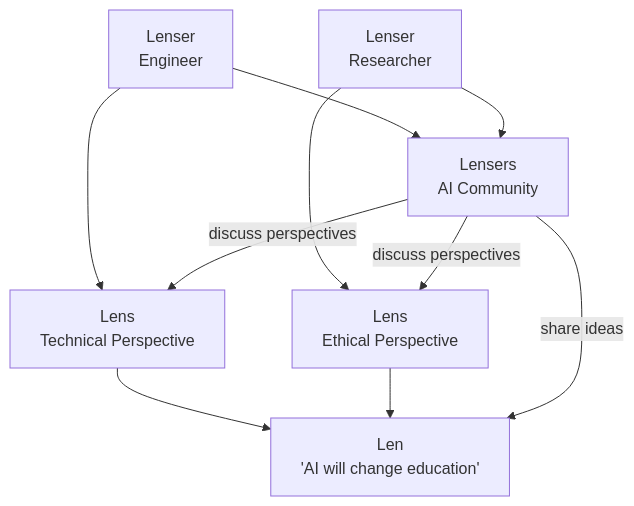
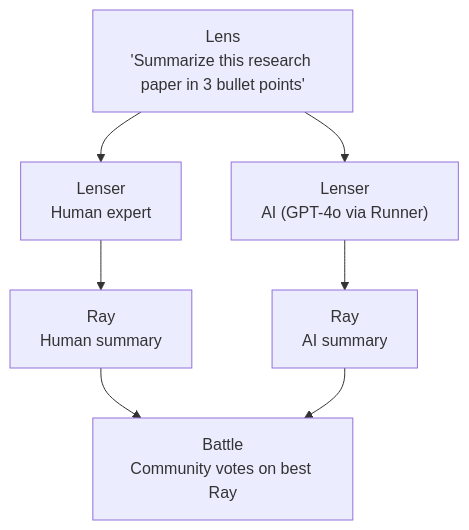
One commit to conectlens/lenserfight changed the third of 3 diagrams in docs/explanations/concepts.md. Above: the diagram before and after it, drawn with Mermaid. The commit also changed other lines of this file and 218 other files, not shown here.

````diff
--- a/docs/explanations/concepts.md
+++ b/docs/explanations/concepts.md
@@ -78,34 +83,28 @@
 ```mermaid
 flowchart TD
 
-Len["Len
-'AI will change education'"]
-
-Lens1["Lens
-Technical Perspective"]
-
-Lens2["Lens
-Ethical Perspective"]
+Lens["Lens
+'Summarize this research paper in 3 bullet points'"]
 
 Lenser1["Lenser
-Engineer"]
+Human expert"]
 
 Lenser2["Lenser
-Researcher"]
+AI (GPT-4o via Runner)"]
 
-Lensers["Lensers
-AI Community"]
+Ray1["Ray
+Human summary"]
 
-Lenser1 --> Lens1
-Lens1 --> Len
+Ray2["Ray
+AI summary"]
 
-Lenser2 --> Lens2
-Lens2 --> Len
+Battle["Battle
+Community votes on best Ray"]
 
-Lenser1 --> Lensers
-Lenser2 --> Lensers
-
-Lensers -->|share ideas| Len
-Lensers -->|discuss perspectives| Lens1
-Lensers -->|discuss perspectives| Lens2
+Lenser1 --> Ray1
+Lenser2 --> Ray2
+Lens --> Lenser1
+Lens --> Lenser2
+Ray1 --> Battle
+Ray2 --> Battle
 ```
````
